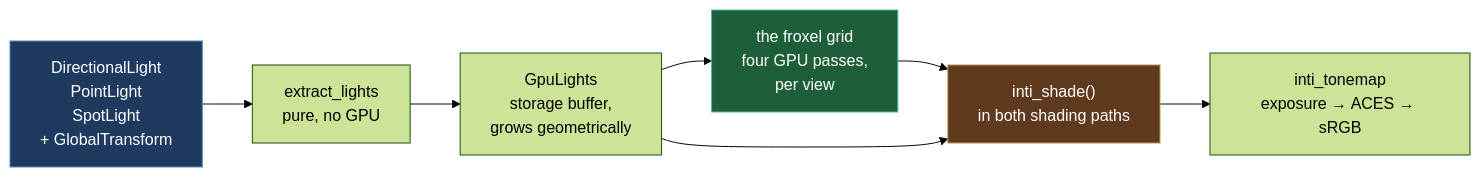
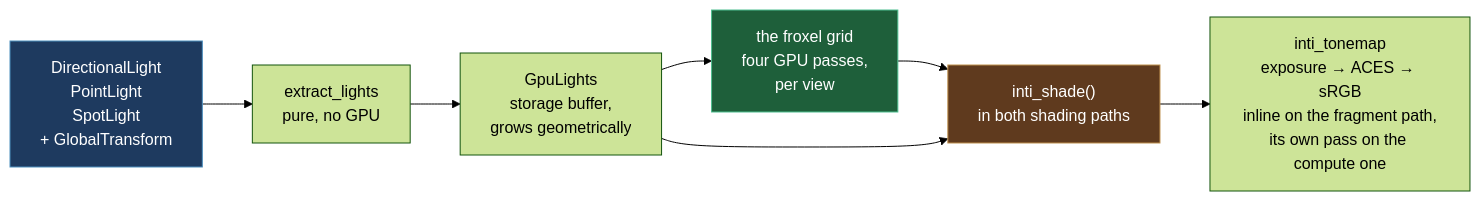
The first of 2 diagrams in docs/book/src/architecture/lighting.md (lobinuxsoft/kooch), drawn with Mermaid (forest theme) before and after one commit. The commit also changed other lines of this file, not shown here.

````diff
--- a/docs/book/src/architecture/lighting.md
+++ b/docs/book/src/architecture/lighting.md
@@ -24,13 +24,13 @@
 ```mermaid
 flowchart LR
     C["DirectionalLight<br/>PointLight<br/>SpotLight<br/>+ GlobalTransform"] --> E[extract_lights<br/>pure, no GPU]
     E --> B[GpuLights<br/>storage buffer,<br/>grows geometrically]
     B --> G["the froxel grid<br/>four GPU passes,<br/>per view"]
     G --> S["inti_shade()<br/>in both shading paths"]
     B --> S
-    S --> T[inti_tonemap<br/>exposure → ACES → sRGB]
+    S --> T["inti_tonemap<br/>exposure → ACES → sRGB<br/>inline on the fragment path,<br/>its own pass on the compute one"]
 
     style C fill:#1e3a5f,stroke:#4d8fbe,color:#fff
     style G fill:#1e5f3a,stroke:#4dbe8f,color:#fff
     style S fill:#5f3a1e,stroke:#be8f4d,color:#fff
 ```
````
